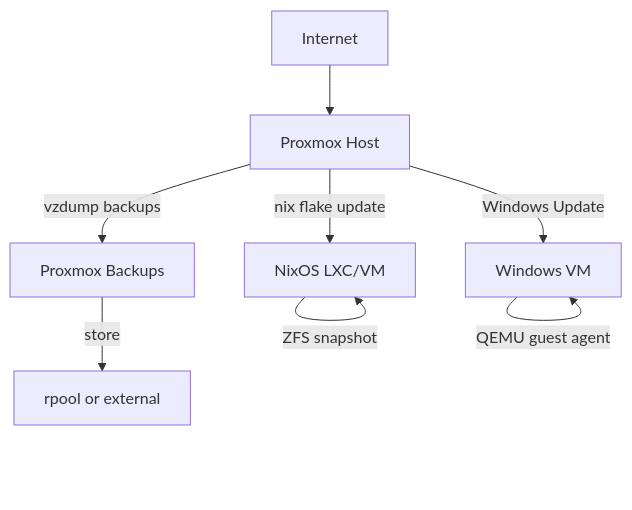
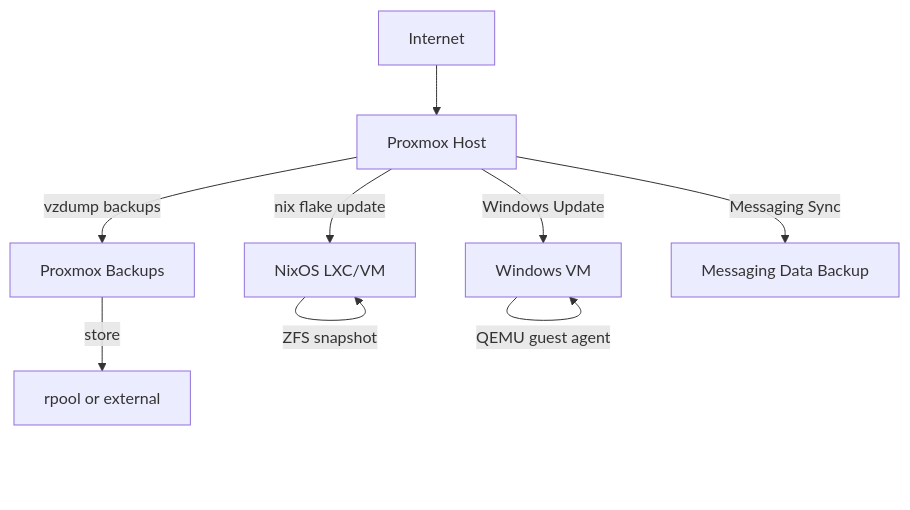
Before and after one commit to Hydepwns/nix-mox: the third of 10 diagrams in docs/architecture/ARCHITECTURE.md, drawn with Mermaid. The commit also changed other lines of this file and 4 other files, not shown here.

First line of the commit message:
docs: update architecture and scripting documentation

````diff
--- a/docs/architecture/ARCHITECTURE.md
+++ b/docs/architecture/ARCHITECTURE.md
@@ -57,16 +80,17 @@
 ```mermaid
 flowchart TD
     Internet --> ProxmoxHost
     ProxmoxHost -- "nix flake update" --> NixOS_LXC_VM
     NixOS_LXC_VM -- "nixos-rebuild switch" --> NixOS_LXC_VM
     NixOS_LXC_VM -- "ZFS snapshot" --> NixOS_LXC_VM
     ProxmoxHost -- "Windows Update" --> Windows_VM
     Windows_VM -- "QEMU guest agent" --> Windows_VM
     ProxmoxHost -- "vzdump backups" --> Proxmox_Backups
     Proxmox_Backups -- "store" --> Storage["rpool or external"]
+    ProxmoxHost -- "Messaging Sync" --> Messaging_Backups["Messaging Data Backup"]
 
     ProxmoxHost["Proxmox Host"]
     NixOS_LXC_VM["NixOS LXC/VM"]
     Windows_VM["Windows VM"]
     Proxmox_Backups["Proxmox Backups"]
 ```
````
